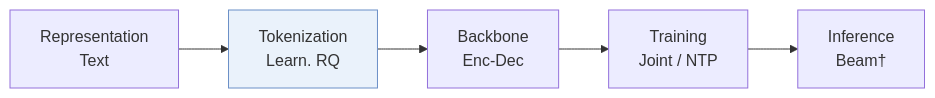
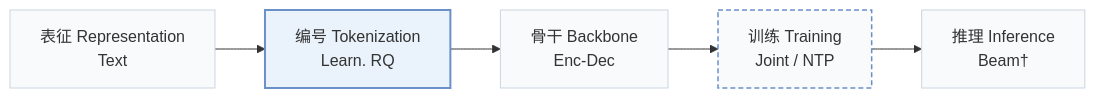
One commit to Galaxy-ghost/Awesome-SID-Generative-Rec changed the first of 2 diagrams in pages/zh/papers/diger.md. Above: the diagram before and after it, drawn with Mermaid. The commit also changed other lines of this file and 649 other files, not shown here.

Commit message:
writer-05: also tags and modality index (schema, check, build, visuals); summary field removed; calibration data for 12 papers

````diff
--- a/pages/zh/papers/diger.md
+++ b/pages/zh/papers/diger.md
@@ -13,6 +15,10 @@
 ```mermaid
 flowchart LR
-    R["Representation<br/>Text"] --> T["Tokenization<br/>Learn. RQ"] --> B["Backbone<br/>Enc-Dec"] --> TR["Training<br/>Joint / NTP"] --> I["Inference<br/>Beam†"]
-    classDef main fill:#eaf2fb,stroke:#6b8fc7
+    R["表征 Representation<br/>Text"] --> T["编号 Tokenization<br/>Learn. RQ"] --> B["骨干 Backbone<br/>Enc-Dec"] --> TR["训练 Training<br/>Joint / NTP"] --> I["推理 Inference<br/>Beam†"]
+    classDef base fill:#f8fafc,stroke:#cbd5e1
+    class R,T,B,TR,I base
+    classDef also fill:#f8fafc,stroke:#6b8fc7,stroke-width:1.5px,stroke-dasharray:5 3
+    class TR also
+    classDef main fill:#eaf2fb,stroke:#6b8fc7,stroke-width:2px
     class T main
 ```
````
